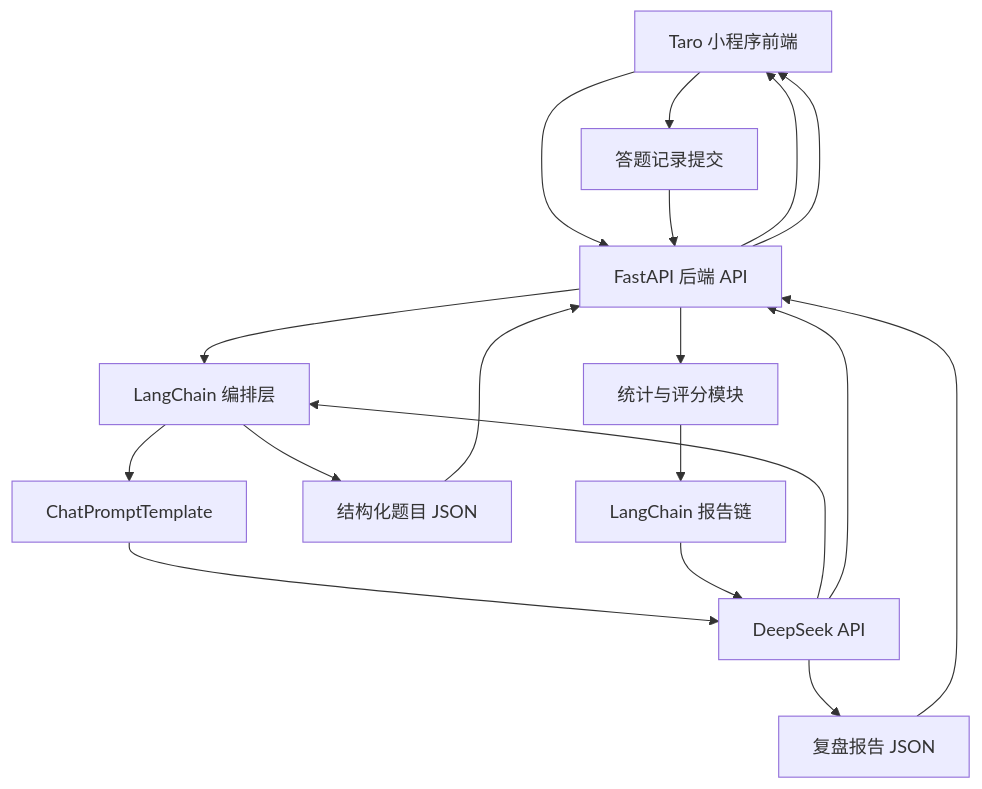
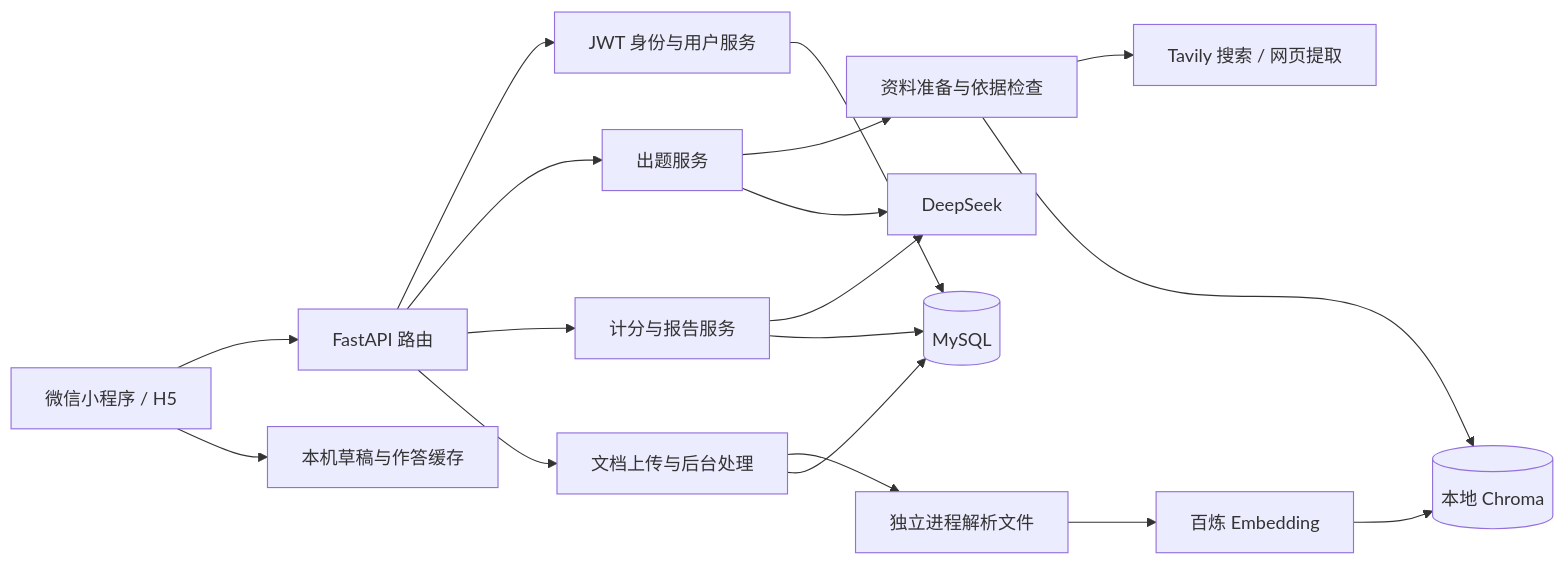
Before and after one commit to bylongjian/AI-Learn: the diagram in docs/方案设计文档.md, drawn with Mermaid. The commit also changed other lines of this file and 94 other files, not shown here.

````diff
--- a/docs/方案设计文档.md
+++ b/docs/方案设计文档.md
@@ -147,21 +9,20 @@
 ```mermaid
-graph TD
-  A[Taro 小程序前端] --> B[FastAPI 后端 API]
-    B --> C[LangChain 编排层]
-    C --> D[ChatPromptTemplate]
-    D --> E[DeepSeek API]
+flowchart LR
+    W[微信小程序 / H5] --> F[FastAPI 路由]
+    W --> S[本机草稿与作答缓存]
+    F --> I[JWT 身份与用户服务]
+    I --> M[(MySQL)]
+    F --> Q[出题服务]
+    Q --> K[资料准备与依据检查]
+    K --> T[Tavily 搜索 / 网页提取]
+    K --> C[(本地 Chroma)]
+    Q --> D[DeepSeek]
+    F --> R[计分与报告服务]
+    R --> D
+    R --> M
+    F --> U[文档上传与后台处理]
+    U --> P[独立进程解析文件]
+    P --> E[百炼 Embedding]
     E --> C
-    C --> F[结构化题目 JSON]
-    F --> B
-    B --> A
-
-    A --> G[答题记录提交]
-    G --> B
-    B --> H[统计与评分模块]
-    H --> I[LangChain 报告链]
-    I --> E
-    E --> J[复盘报告 JSON]
-    J --> B
-    E --> B
-    B --> A
+    U --> M
 ```
````
